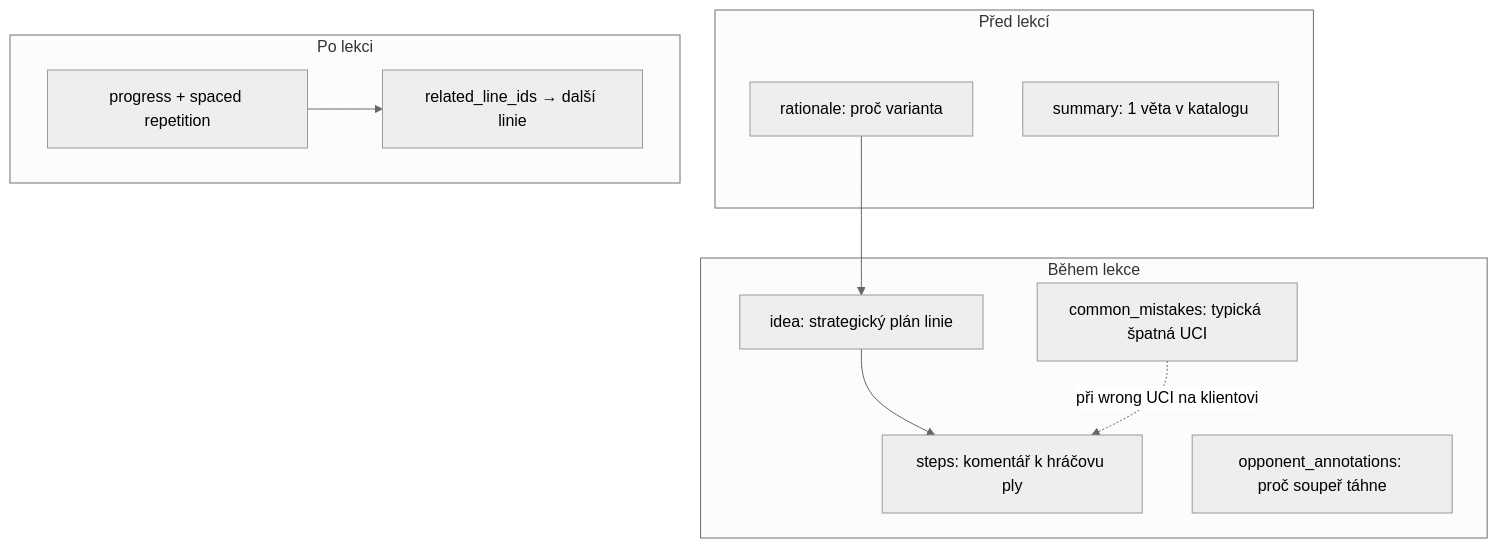
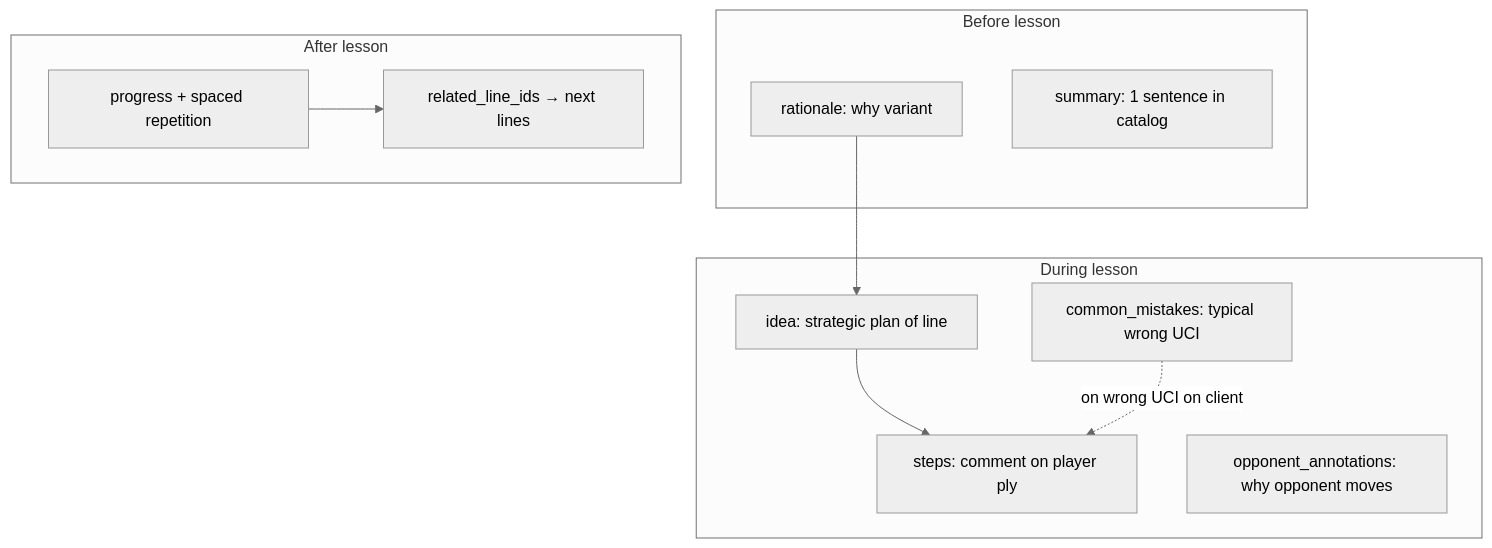
Before and after one commit to AlfredKrutina/chess_esp32_c6_devkit: the second of 6 diagrams in docs/reference/OPENING_TRAINING_PLAN.md, drawn with Mermaid (neutral theme). The commit also changed other lines of this file and 372 other files, not shown here.

````diff
--- a/docs/reference/OPENING_TRAINING_PLAN.md
+++ b/docs/reference/OPENING_TRAINING_PLAN.md
@@ -294,21 +294,21 @@
 ```mermaid
 flowchart TB
-  subgraph before [Před lekcí]
-    R[rationale: proč varianta]
-    S[summary: 1 věta v katalogu]
+  subgraph before [Before lesson]
+    R[rationale: why variant]
+    S[summary: 1 sentence in catalog]
   end
-  subgraph during [Během lekce]
-    I[idea: strategický plán linie]
-    C[steps: komentář k hráčovu ply]
-    O[opponent_annotations: proč soupeř táhne]
-    M[common_mistakes: typická špatná UCI]
+  subgraph during [During lesson]
+    I[idea: strategic plan of line]
+    C[steps: comment on player ply]
+    O[opponent_annotations: why opponent moves]
+    M[common_mistakes: typical wrong UCI]
   end
-  subgraph after [Po lekci]
+  subgraph after [After lesson]
     P[progress + spaced repetition]
-    F[related_line_ids → další linie]
+    F[related_line_ids → next lines]
   end
   R --> I
   I --> C
-  M -.->|při wrong UCI na klientovi| C
+  M -.->|on wrong UCI on client| C
   P --> F
 ```
````
